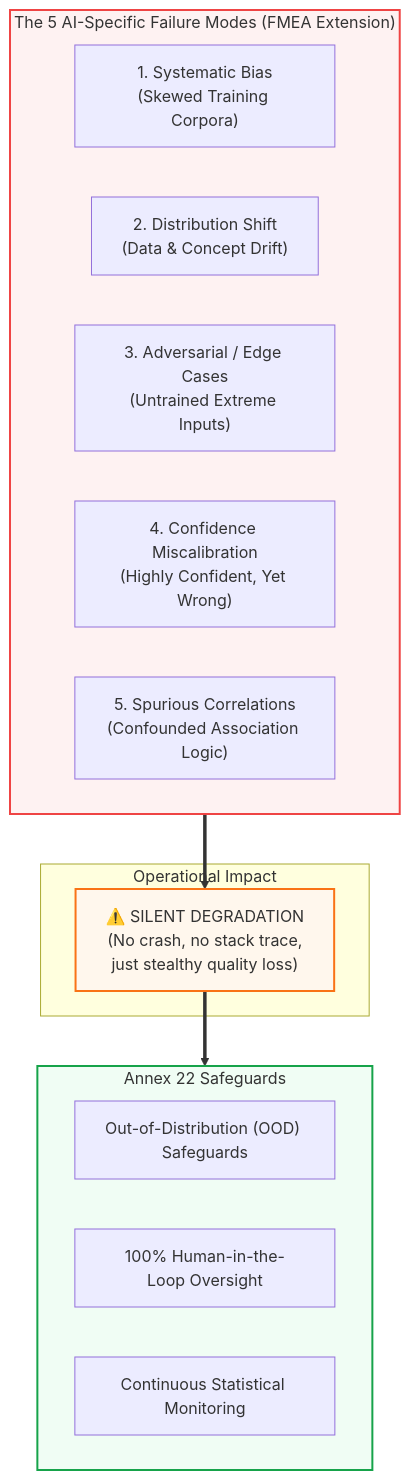
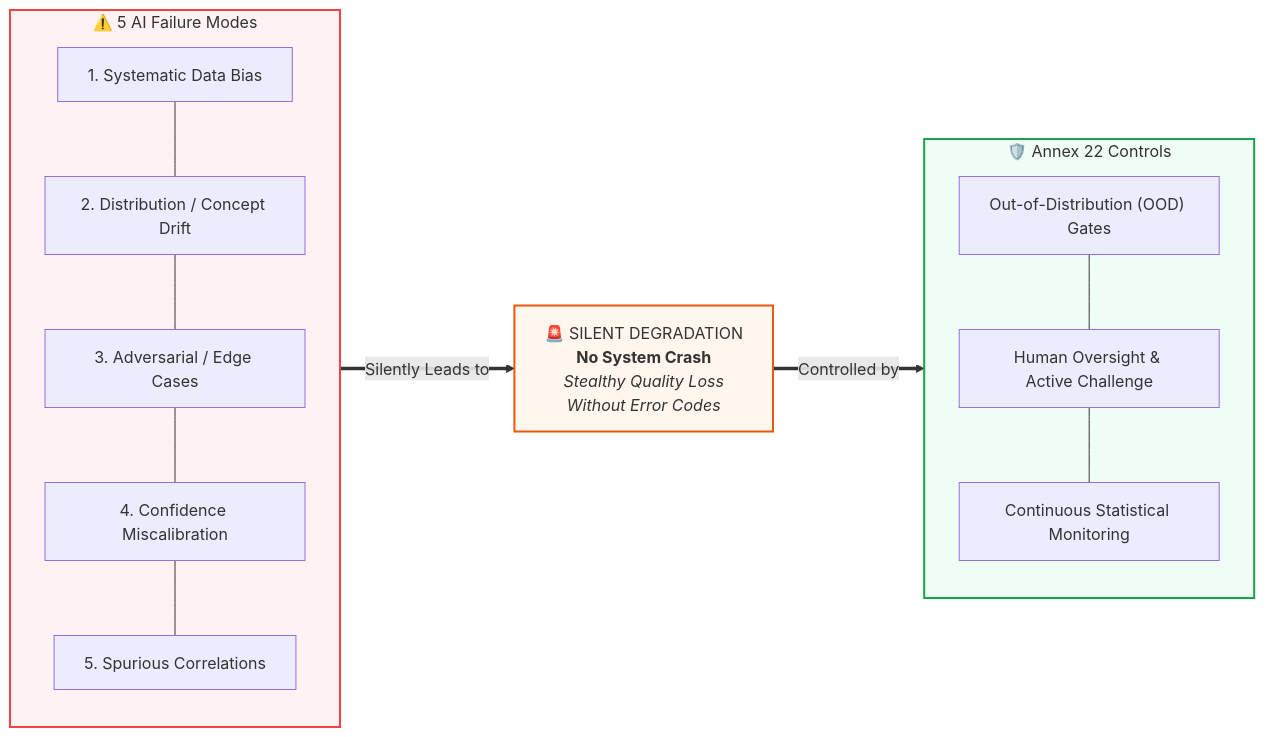
One commit to Lunaman06/Annex22 changed the diagram in docs/en/module_04_risk_based_approach.md. Above: the diagram before and after it, drawn with Mermaid. The commit also changed other lines of this file and 29 other files, not shown here.

Commit message:
style(docs): optimize mermaid diagram aspect ratios, edge flows and legibility across all DE and EN modules

````diff
--- a/docs/en/module_04_risk_based_approach.md
+++ b/docs/en/module_04_risk_based_approach.md
@@ -20,27 +20,29 @@
 ```mermaid
-graph TD
-    subgraph FailModes["The 5 AI-Specific Failure Modes (FMEA Extension)"]
-        M1["1. Systematic Bias<br/>(Skewed Training Corpora)"]
-        M2["2. Distribution Shift<br/>(Data & Concept Drift)"]
-        M3["3. Adversarial / Edge Cases<br/>(Untrained Extreme Inputs)"]
-        M4["4. Confidence Miscalibration<br/>(Highly Confident, Yet Wrong)"]
-        M5["5. Spurious Correlations<br/>(Confounded Association Logic)"]
+flowchart LR
+    subgraph FailModes["⚠️ 5 AI Failure Modes"]
+        direction TB
+        M1["1. Systematic Data Bias"]
+        M2["2. Distribution / Concept Drift"]
+        M3["3. Adversarial / Edge Cases"]
+        M4["4. Confidence Miscalibration"]
+        M5["5. Spurious Correlations"]
+        M1 --- M2 --- M3 --- M4 --- M5
     end
 
-    subgraph Impact["Operational Impact"]
-        Silent["⚠️ SILENT DEGRADATION<br/>(No crash, no stack trace,<br/>just stealthy quality loss)"]
+    Silent["🚨 SILENT DEGRADATION<br/><b>No System Crash</b><br/><i>Stealthy Quality Loss<br/>Without Error Codes</i>"]
+
+    subgraph Mitigation["🛡️ Annex 22 Controls"]
+        direction TB
+        C1["Out-of-Distribution (OOD) Gates"]
+        C2["Human Oversight & Active Challenge"]
+        C3["Continuous Statistical Monitoring"]
+        C1 --- C2 --- C3
     end
 
-    subgraph Mitigation["Annex 22 Safeguards"]
-        OOD["Out-of-Distribution (OOD) Safeguards"]
-        HITL["100% Human-in-the-Loop Oversight"]
-        DriftMon["Continuous Statistical Monitoring"]
-    end
-
-    FailModes ==> Silent
-    Silent ==> Mitigation
+    FailModes ==>|"Silently Leads to"| Silent
+    Silent ==>|"Controlled by"| Mitigation
 
     style FailModes fill:#fef2f2,stroke:#ef4444,stroke-width:2px
-    style Silent fill:#fff7ed,stroke:#f97316,stroke-width:2px
+    style Silent fill:#fff7ed,stroke:#ea580c,stroke-width:2px
     style Mitigation fill:#f0fdf4,stroke:#16a34a,stroke-width:2px
 ```
````
